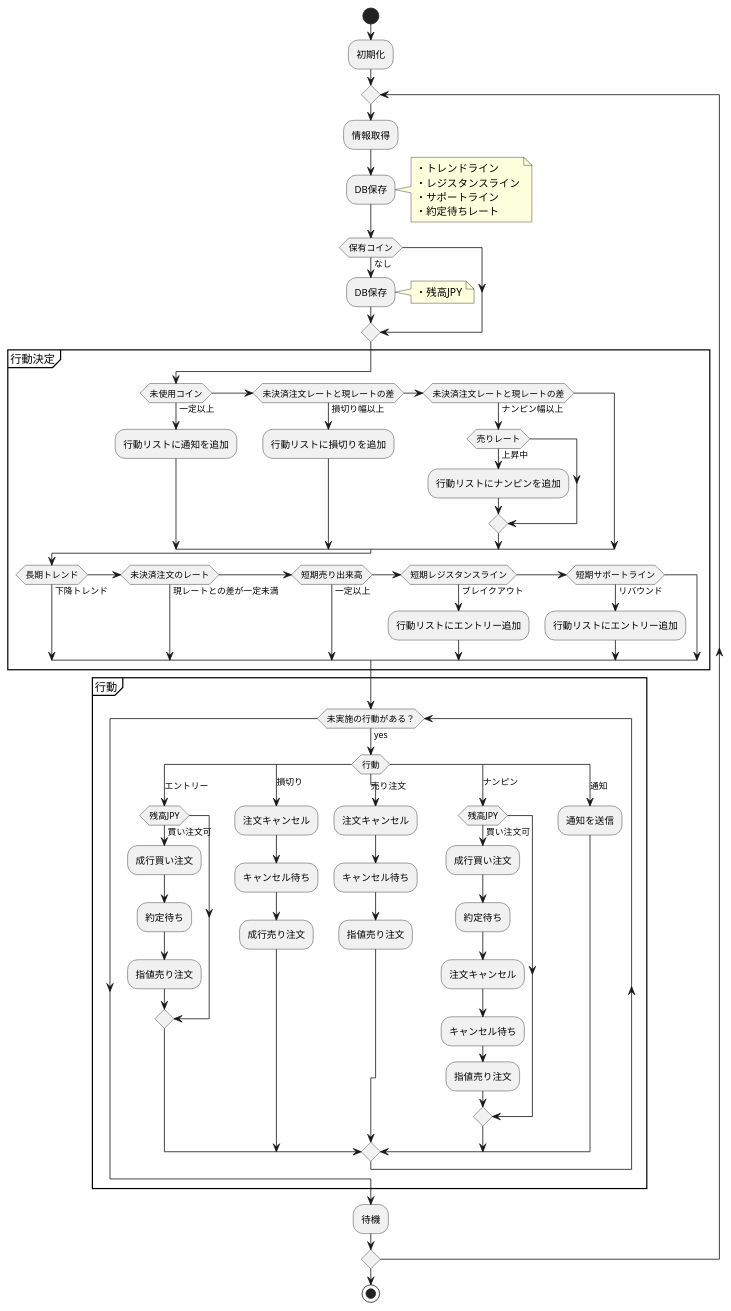
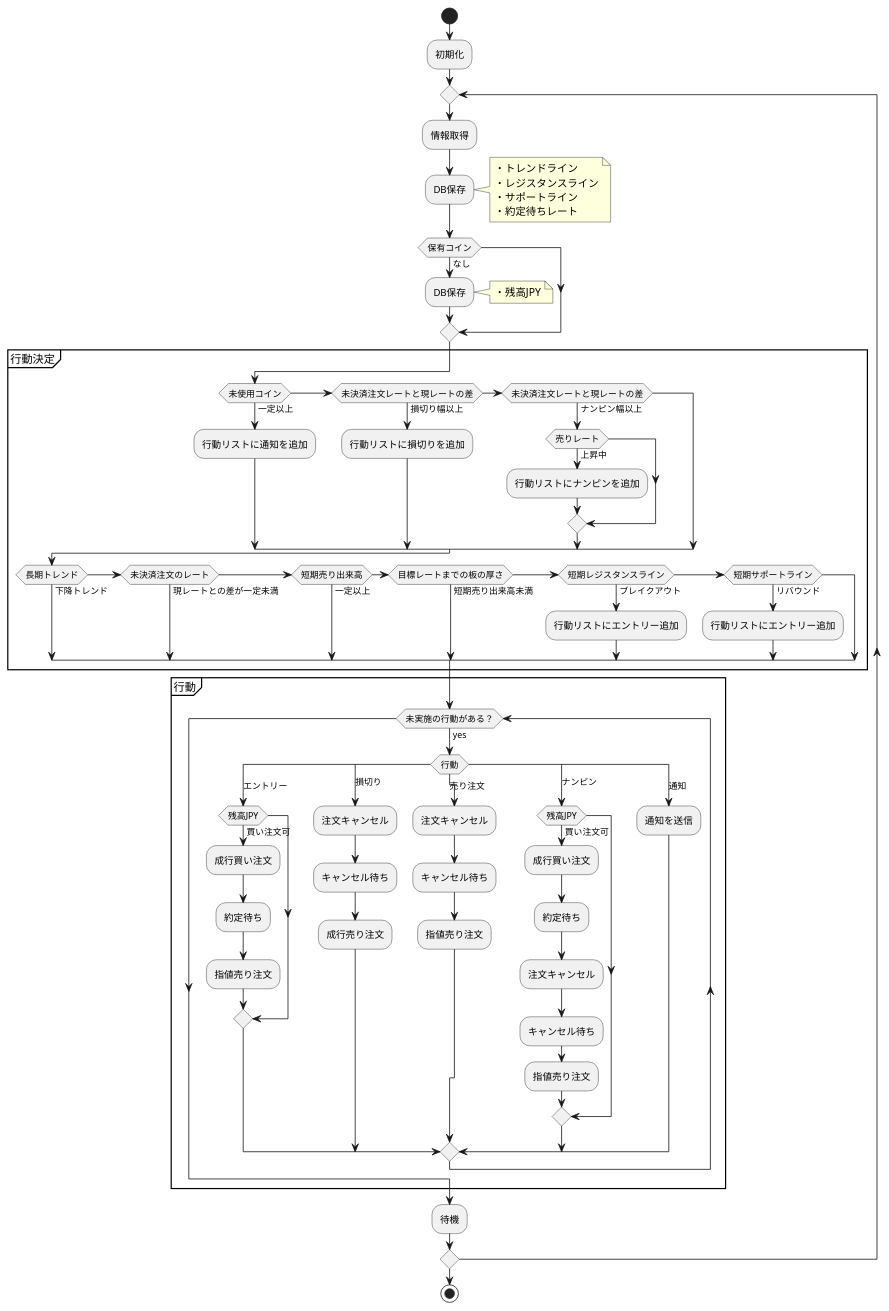
Before and after one commit to canpok1/trading-bot-rust: the diagram in docs/bot.plantuml, drawn with PlantUML. The commit also changed 7 other files, not shown here.

```diff
--- a/docs/bot.plantuml
+++ b/docs/bot.plantuml
@@ -1,80 +1,81 @@
 @startuml trading-bot-rust
 start
 
 :初期化;
 
 repeat
     :情報取得;
 
     :DB保存;
     note right
         ・トレンドライン
         ・レジスタンスライン
         ・サポートライン
         ・約定待ちレート
     end note
 
     if (保有コイン) then (なし)
         :DB保存;
         note right
             ・残高JPY
         end note
     endif
 
     partition 行動決定 {
         if (未使用コイン) then (一定以上)
             :行動リストに通知を追加;
         elseif (未決済注文レートと現レートの差) then (損切り幅以上)
             :行動リストに損切りを追加;
         elseif (未決済注文レートと現レートの差) then (ナンピン幅以上)
             if (売りレート) then (上昇中)
                 :行動リストにナンピンを追加;
             endif
         endif
 
         if (長期トレンド) then (下降トレンド)
         elseif (未決済注文のレート) then (現レートとの差が一定未満)
         elseif (短期売り出来高) then (一定以上)
+        elseif (目標レートまでの板の厚さ) then (短期売り出来高未満)
         elseif (短期レジスタンスライン) then (ブレイクアウト)
             :行動リストにエントリー追加;
         elseif (短期サポートライン) then (リバウンド)
             :行動リストにエントリー追加;
         endif
     }
 
     partition 行動 {
         while (未実施の行動がある？) is (yes)
             switch (行動)
             case (エントリー)
                 if (残高JPY) then (買い注文可)
                     :成行買い注文;
                     :約定待ち;
                     :指値売り注文;
                 endif
             case (損切り)
                 :注文キャンセル;
                 :キャンセル待ち;
                 :成行売り注文;
             case (売り注文)
                 :注文キャンセル;
                 :キャンセル待ち;
                 :指値売り注文;
             case (ナンピン)
                 if (残高JPY) then (買い注文可)
                     :成行買い注文;
                     :約定待ち;
                     :注文キャンセル;
                     :キャンセル待ち;
                     :指値売り注文;
                 endif
             case (通知)
                 :通知を送信;
             endswitch
         endwhile
     }
 
     :待機;
 repeat while
 
 stop
 @enduml
```
